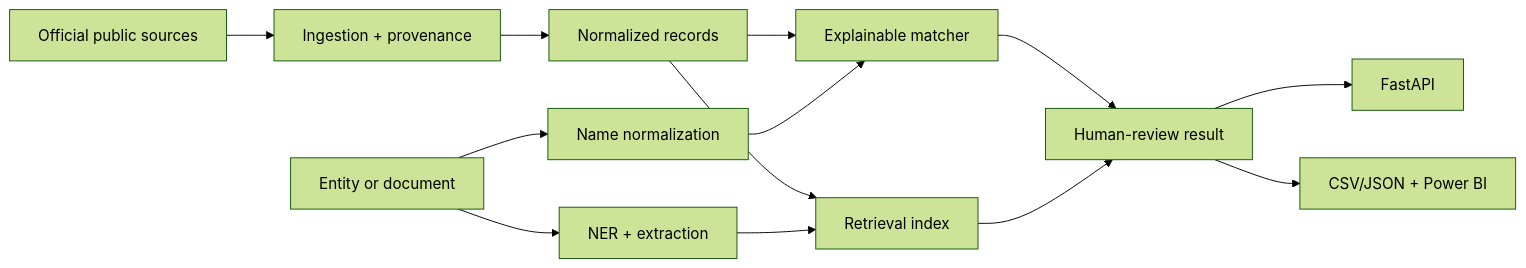
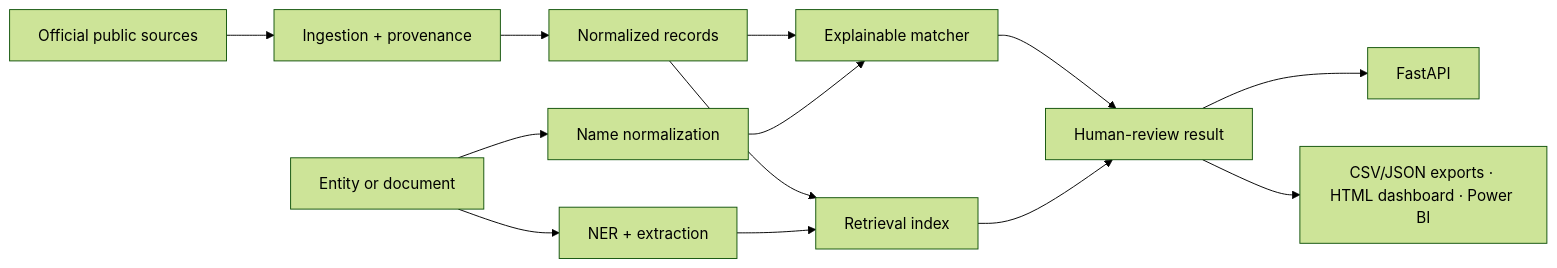
The diagram in README.md (nick-bellows/compliance-intelligence-platform), drawn with Mermaid (forest theme) before and after one commit. The commit also changed other lines of this file and 8 other files, not shown here.

First line of the commit message:
Dashboard: in-repo HTML renderer closes the last open README checkbox

````diff
--- a/README.md
+++ b/README.md
@@ -26,15 +26,15 @@
 ```mermaid
 flowchart LR
     A[Official public sources] --> B[Ingestion + provenance]
     B --> C[Normalized records]
     D[Entity or document] --> E[NER + extraction]
     D --> F[Name normalization]
     C --> G[Explainable matcher]
     F --> G
     C --> H[Retrieval index]
     E --> H
     G --> I[Human-review result]
     H --> I
     I --> J[FastAPI]
-    I --> K[CSV/JSON + Power BI]
+    I --> K[CSV/JSON exports · HTML dashboard · Power BI]
 ```
````
